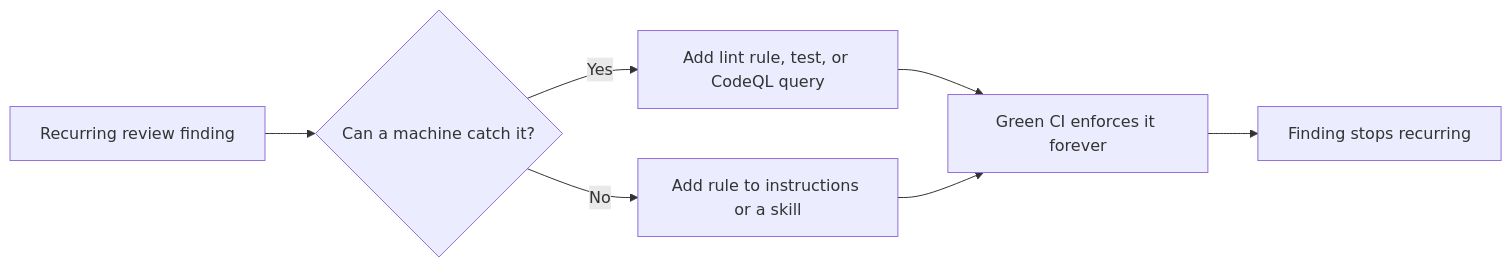
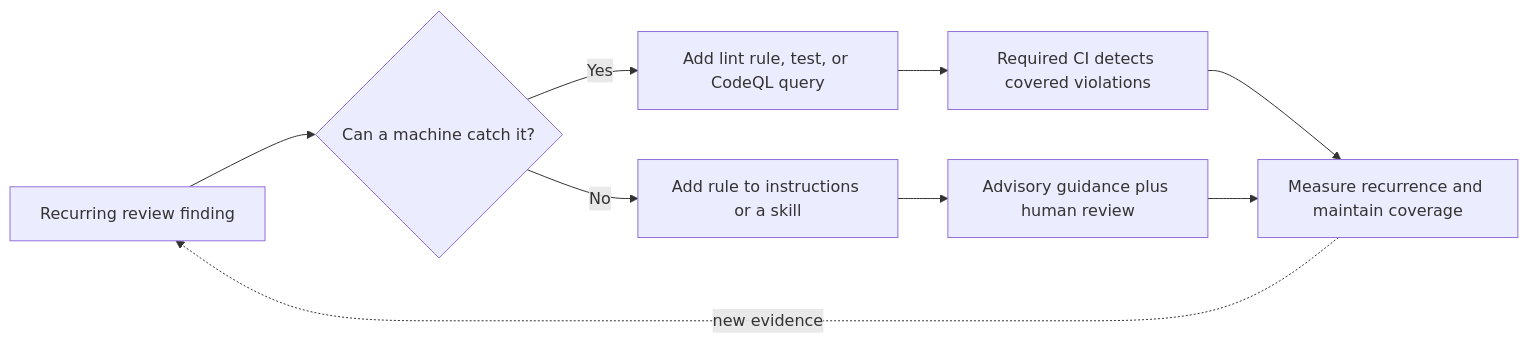
Before and after one commit to frkim/agentic-harness: the seventh of 9 diagrams in docs/agentic-harness.md, drawn with Mermaid. The commit also changed other lines of this file and 15 other files, not shown here.

Commit message:
Add locked tooling, all-change validation, and evidence-based repository guidance

````diff
--- a/docs/agentic-harness.md
+++ b/docs/agentic-harness.md
@@ -465,9 +475,11 @@
 ```mermaid
 flowchart LR
     F[Recurring review finding] --> Q{Can a machine catch it?}
     Q -->|Yes| L[Add lint rule, test, or CodeQL query]
     Q -->|No| I[Add rule to instructions or a skill]
-    L --> G[Green CI enforces it forever]
-    I --> G
-    G --> F2[Finding stops recurring]
+    L --> G[Required CI detects covered violations]
+    I --> R[Advisory guidance plus human review]
+    G --> E[Measure recurrence and maintain coverage]
+    R --> E
+    E -.new evidence.-> F
 ```
````
